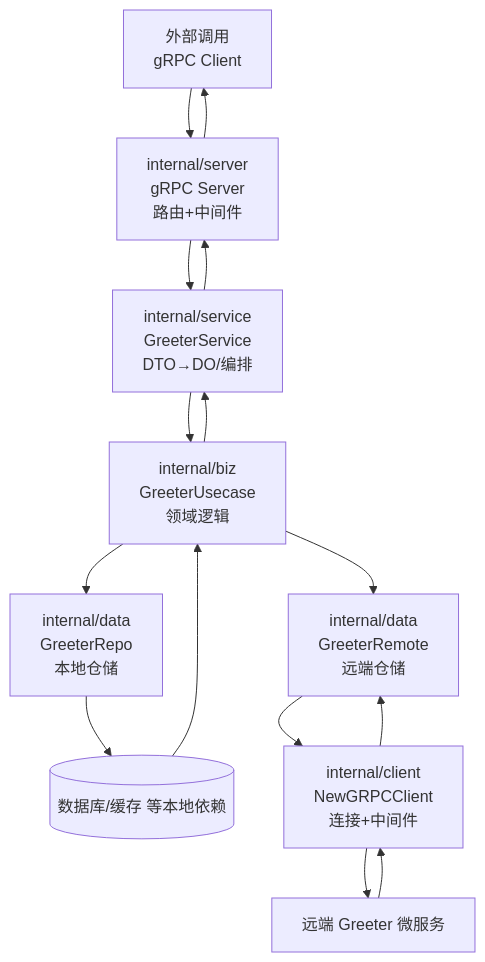
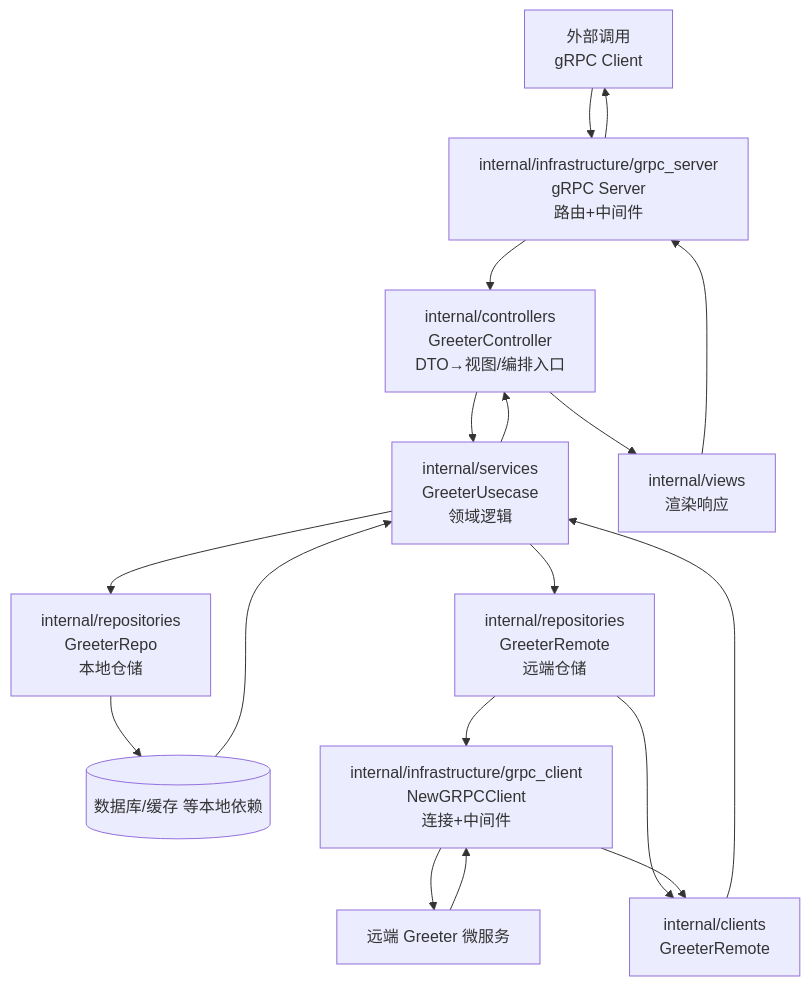
One commit to bionicotaku/lingo-services-catalog changed the diagram in README.md. Above: the diagram before and after it, drawn with Mermaid. The commit also changed other lines of this file and 56 other files, not shown here.

````diff
--- a/README.md
+++ b/README.md
@@ -63,17 +72,20 @@
 ```mermaid
 flowchart TD
-    A[外部调用<br/>gRPC Client] --> B[internal/server<br/>gRPC Server<br/>路由+中间件]
-    B --> C[internal/service<br/>GreeterService<br/>DTO→DO/编排]
-    C --> D[internal/biz<br/>GreeterUsecase<br/>领域逻辑]
-    D --> E[internal/data<br/>GreeterRepo<br/>本地仓储]
-    D --> F[internal/data<br/>GreeterRemote<br/>远端仓储]
+    A[外部调用<br/>gRPC Client] --> B[internal/infrastructure/grpc_server<br/>gRPC Server<br/>路由+中间件]
+    B --> C[internal/controllers<br/>GreeterController<br/>DTO→视图/编排入口]
+    C --> D[internal/services<br/>GreeterUsecase<br/>领域逻辑]
+    D --> E[internal/repositories<br/>GreeterRepo<br/>本地仓储]
+    D --> F[internal/repositories<br/>GreeterRemote<br/>远端仓储]
     E --> I[(数据库/缓存 等本地依赖)]
-    F --> G[internal/client<br/>NewGRPCClient<br/>连接+中间件]
+    F --> G[internal/infrastructure/grpc_client<br/>NewGRPCClient<br/>连接+中间件]
     G --> H[远端 Greeter 微服务]
     H --> G
-    G --> F
+    F --> J[internal/clients<br/>GreeterRemote]
+    G --> J
+    J --> D
     I --> D
     D --> C
-    C --> B
+    C --> K[internal/views<br/>渲染响应]
+    K --> B
     B --> A
 ```
````
